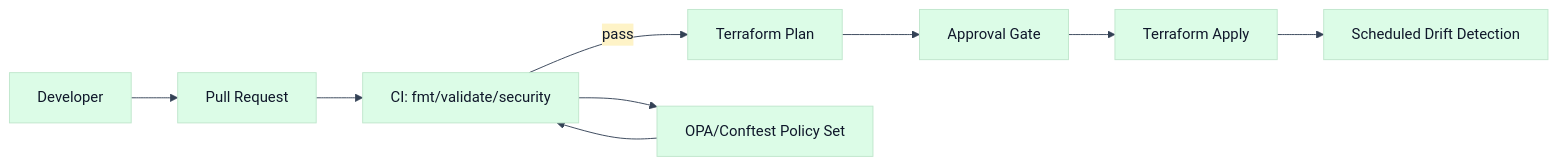
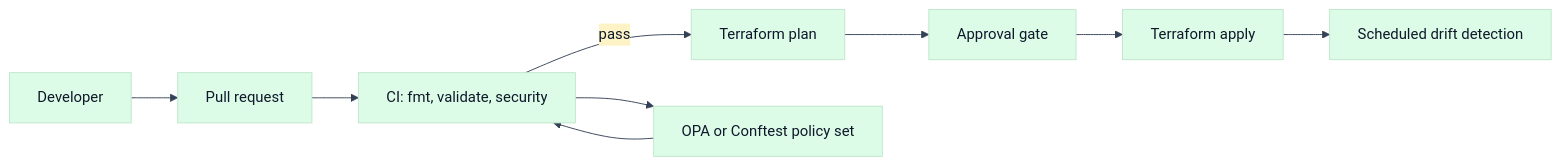
The third of 3 diagrams in README.md (Abdelhady-elgendy/terraform-apigee-enterprise-stack), drawn with Mermaid before and after one commit. The commit also changed other lines of this file and 17 other files, not shown here.

Commit message:
Fix mermaid diagrams and add wiki docs

````diff
--- a/README.md
+++ b/README.md
@@ -66,12 +66,12 @@
 ```mermaid
 %%{init: {"theme":"base","themeVariables":{"primaryColor":"#DCFCE7","primaryTextColor":"#0F172A","secondaryColor":"#FEF3C7","tertiaryColor":"#EDE9FE","lineColor":"#334155","fontFamily":"Inter, ui-sans-serif, system-ui"}}}%%
 flowchart LR
-  Dev[Developer] --> PR[Pull Request]
-  PR --> CI[CI: fmt/validate/security]
-  CI -->|pass| Plan[Terraform Plan]
-  Plan --> Review[Approval Gate]
-  Review --> Apply[Terraform Apply]
-  Apply --> Drift[Scheduled Drift Detection]
-  CI --> Policy[OPA/Conftest Policy Set]
+  Dev["Developer"] --> PR["Pull request"]
+  PR --> CI["CI: fmt, validate, security"]
+  CI -->|pass| Plan["Terraform plan"]
+  Plan --> Review["Approval gate"]
+  Review --> Apply["Terraform apply"]
+  Apply --> Drift["Scheduled drift detection"]
+  CI --> Policy["OPA or Conftest policy set"]
   Policy --> CI
 ```
````
